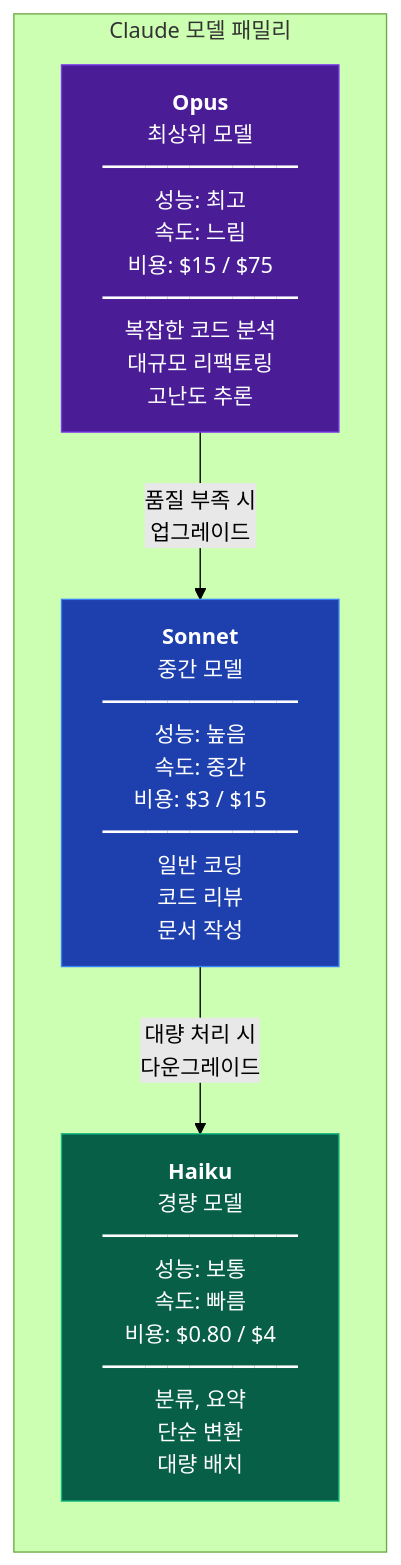
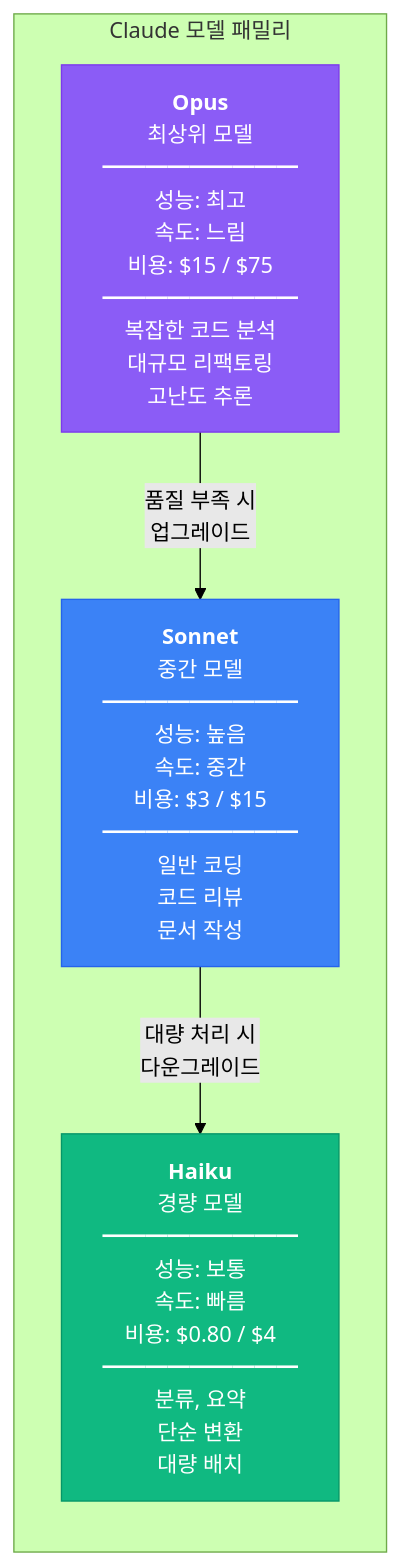
The first of 6 diagrams in Develop/AI/Claude/Claude.md (GYUTORY/YGSTUDY), drawn with Mermaid (forest theme) before and after one commit. The commit also changed other lines of this file, not shown here.

````diff
--- a/Develop/AI/Claude/Claude.md
+++ b/Develop/AI/Claude/Claude.md
@@ -23,16 +23,16 @@
 ```mermaid
 graph LR
     subgraph Claude 모델 패밀리
         direction TB
         O["<b>Opus</b><br/>최상위 모델<br/>━━━━━━━━━<br/>성능: 최고<br/>속도: 느림<br/>비용: $15 / $75<br/>━━━━━━━━━<br/>복잡한 코드 분석<br/>대규모 리팩토링<br/>고난도 추론"]
         S["<b>Sonnet</b><br/>중간 모델<br/>━━━━━━━━━<br/>성능: 높음<br/>속도: 중간<br/>비용: $3 / $15<br/>━━━━━━━━━<br/>일반 코딩<br/>코드 리뷰<br/>문서 작성"]
         H["<b>Haiku</b><br/>경량 모델<br/>━━━━━━━━━<br/>성능: 보통<br/>속도: 빠름<br/>비용: $0.80 / $4<br/>━━━━━━━━━<br/>분류, 요약<br/>단순 변환<br/>대량 배치"]
     end
 
     O -->|"품질 부족 시<br/>업그레이드"| S
     S -->|"대량 처리 시<br/>다운그레이드"| H
 
-    style O fill:#4a1d96,stroke:#7c3aed,color:#fff
-    style S fill:#1e40af,stroke:#3b82f6,color:#fff
-    style H fill:#065f46,stroke:#10b981,color:#fff
+    style O fill:#8b5cf6,stroke:#7c3aed,color:#fff
+    style S fill:#3b82f6,stroke:#2563eb,color:#fff
+    style H fill:#10b981,stroke:#059669,color:#fff
 ```
````
